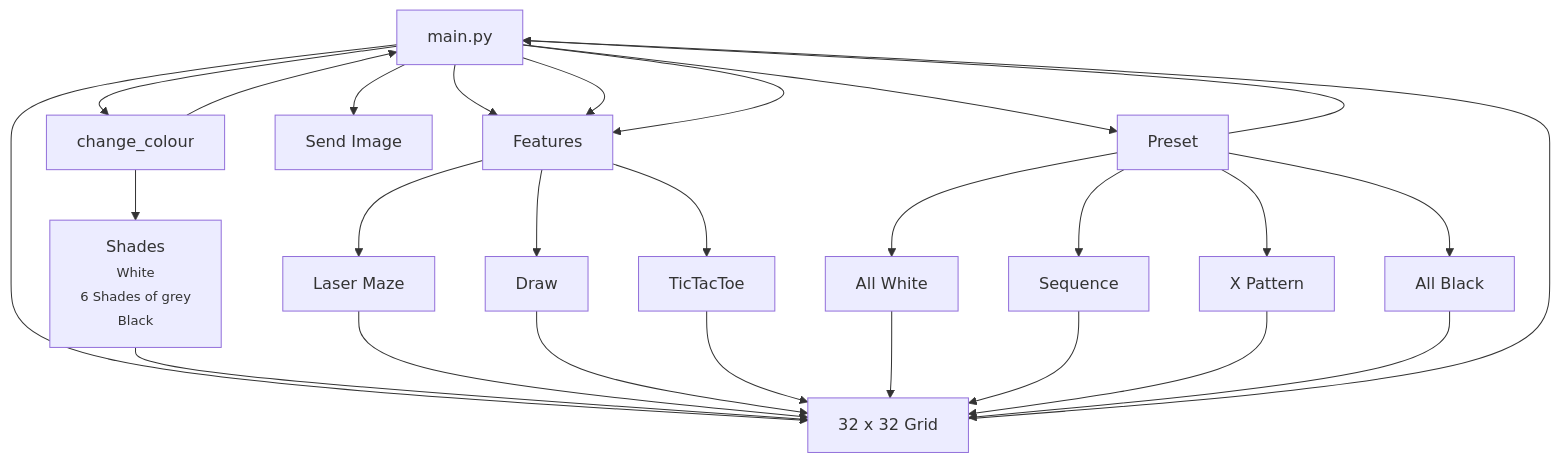
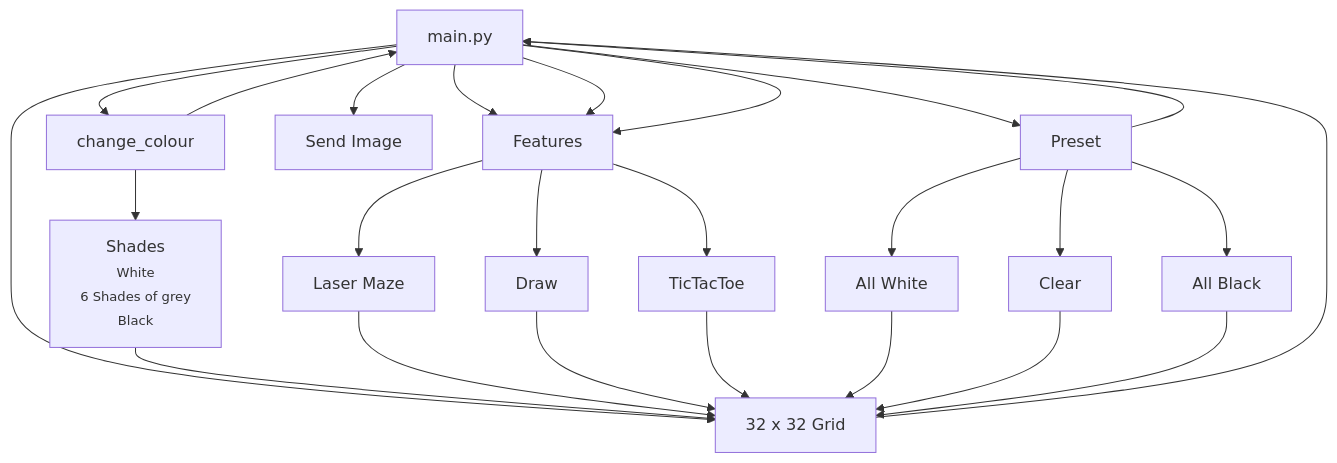
The second of 2 diagrams in READMEcopy.md (E1leenn/finalchallenge), drawn with Mermaid before and after one commit. The commit also changed other lines of this file, not shown here.

````diff
--- a/READMEcopy.md
+++ b/READMEcopy.md
@@ -66,26 +66,24 @@
 ```mermaid
 graph TD
 A[main.py] --> C[change_colour]
 C --> A
 C --> I[<font size = 3>Shades<br><font size=2>White<br>6 Shades of grey<br>Black]
 A --> B[32 x 32 Grid]
 I --> B
 A --> D[Preset]
 D --> A
 D --> E[All White]
 D --> F[All Black]
-D --> G[X Pattern]
-D --> H[Sequence]
+D --> G[Clear]
 A --> J[Send Image]
 A--> K[Features] --> L[TicTacToe]
 A--> K --> M[Draw]
 A --> K --> N[Laser Maze]
 N --> B
 M --> B
 L --> B
 E --> B
-H --> B
 G --> B
 F --> B
 B --> A
 ```
````
